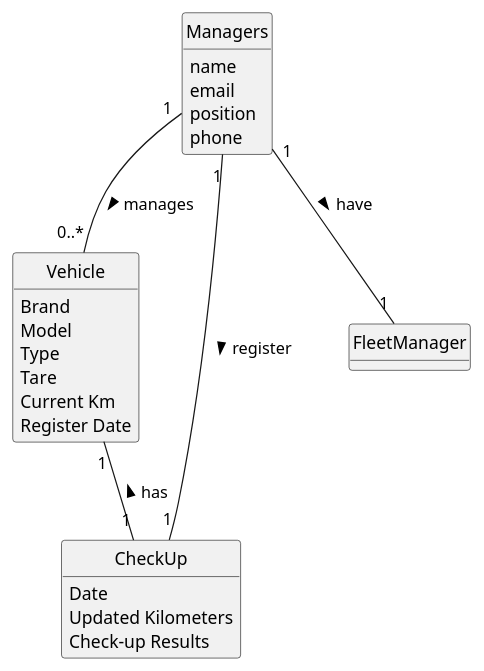
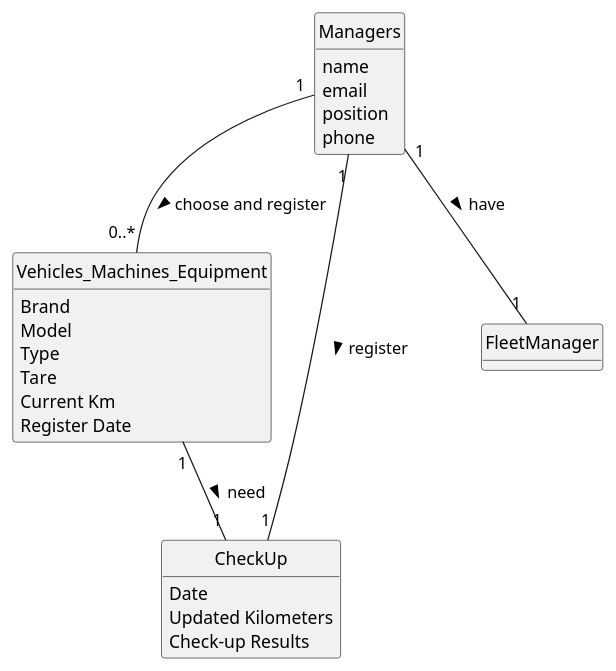
One commit to Departamento-de-Engenharia-Informatica/lei-24-s2-1df-1de-g063 changed the diagram in docs/sprintA/us007/02.analysis/puml/us007-domain-model.puml. Above: the diagram before and after it, drawn with PlantUML. The commit also changed 3 other files, not shown here.

```diff
--- a/docs/sprintA/us007/02.analysis/puml/us007-domain-model.puml
+++ b/docs/sprintA/us007/02.analysis/puml/us007-domain-model.puml
@@ -1,44 +1,44 @@
 @startuml
 skinparam monochrome true
 skinparam packageStyle rectangle
 skinparam shadowing false
 skinparam monochrome true
 skinparam packageStyle rectangle
 skinparam shadowing false
 'skinparam linetype ortho
 'left to right direction
 skinparam classAttributeIconSize 0
 hide circle
 hide methods
 
-class Vehicle {
+class Vehicles_Machines_Equipment {
   Brand
   Model
   Type
   Tare
   Current Km
   Register Date
 }
 
 class CheckUp {
   Date
   Updated Kilometers
   Check-up Results
 }
 
 class FleetManager {
 
 }
 
 class Managers {
     name
     email
     position
     phone
 }
 Managers "1" -- "1" CheckUp : register >
 Managers "1" -- "1" FleetManager : have >
-Vehicle "1" -- "1" CheckUp : has <
-Managers "1" -- "0..*" Vehicle : manages >
+Vehicles_Machines_Equipment "1" -- "1" CheckUp : need >
+Managers "1" -- "0..*" Vehicles_Machines_Equipment : choose and register >
 
 @enduml
```
